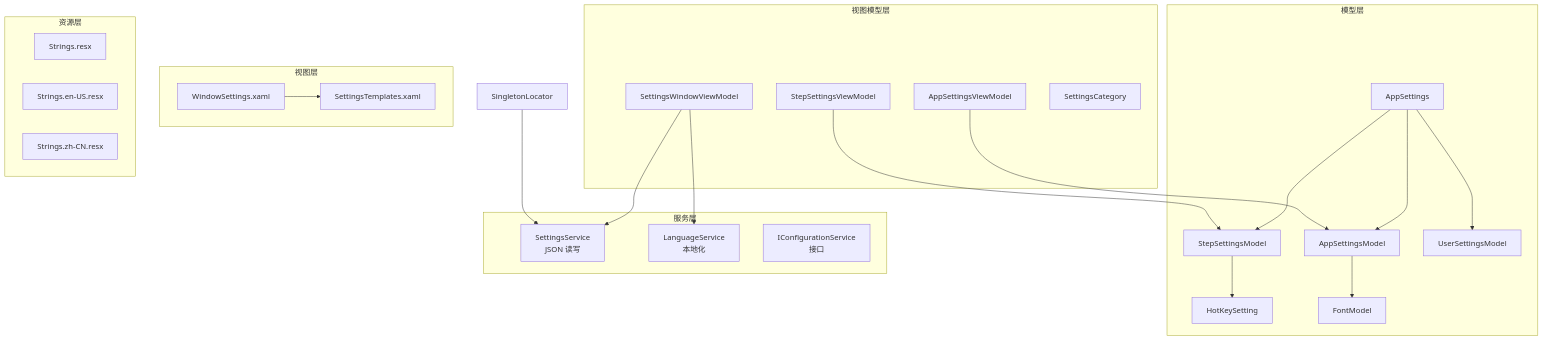
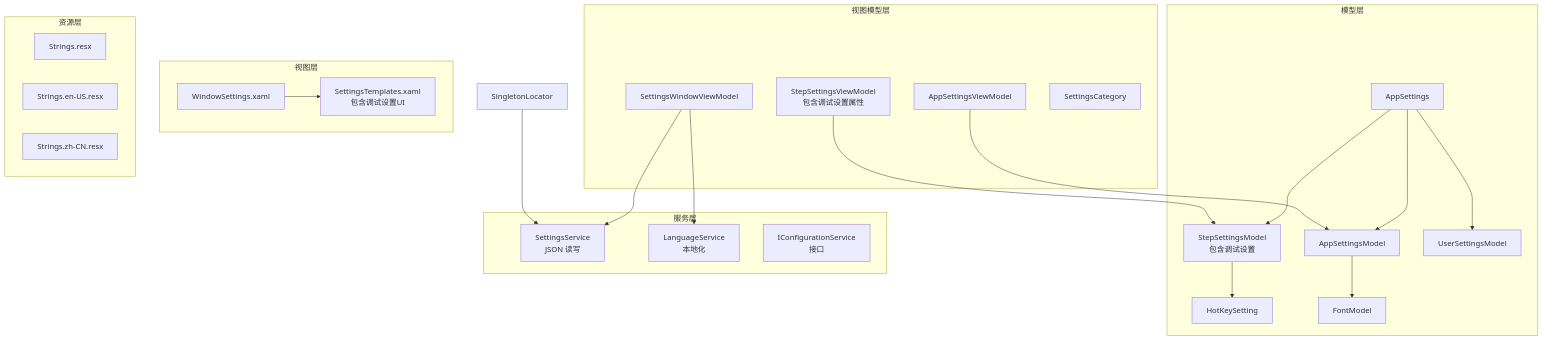
Before and after one commit to yooxii/ShaoLuAuto: the first of 8 diagrams in .qoder/repowiki/zh/content/系统设置管理.md, drawn with Mermaid. The commit also changed other lines of this file and 45 other files, not shown here.

````diff
--- a/.qoder/repowiki/zh/content/系统设置管理.md
+++ b/.qoder/repowiki/zh/content/系统设置管理.md
@@ -51,42 +61,42 @@
 ```mermaid
 graph TB
 subgraph "模型层"
 M1["AppSettings"]
 M2["AppSettingsModel"]
-M3["StepSettingsModel"]
+M3["StepSettingsModel<br/>包含调试设置"]
 M4["UserSettingsModel"]
 M5["HotKeySetting"]
 M6["FontModel"]
 end
 subgraph "服务层"
 S1["SettingsService<br/>JSON 读写"]
 S2["LanguageService<br/>本地化"]
 S3["IConfigurationService<br/>接口"]
 end
 subgraph "视图模型层"
 V1["SettingsWindowViewModel"]
 V2["AppSettingsViewModel"]
-V3["StepSettingsViewModel"]
+V3["StepSettingsViewModel<br/>包含调试设置属性"]
 V4["SettingsCategory"]
 end
 subgraph "视图层"
 W1["WindowSettings.xaml"]
-T1["SettingsTemplates.xaml"]
+T1["SettingsTemplates.xaml<br/>包含调试设置UI"]
 end
 subgraph "资源层"
 R1["Strings.resx"]
 R2["Strings.en-US.resx"]
 R3["Strings.zh-CN.resx"]
 end
 U1["SingletonLocator"] --> S1
 V1 --> S1
 V1 --> S2
 W1 --> T1
 V2 --> M2
 V3 --> M3
 M1 --> M2
 M1 --> M3
 M1 --> M4
 M2 --> M6
 M3 --> M5
 ```
````
